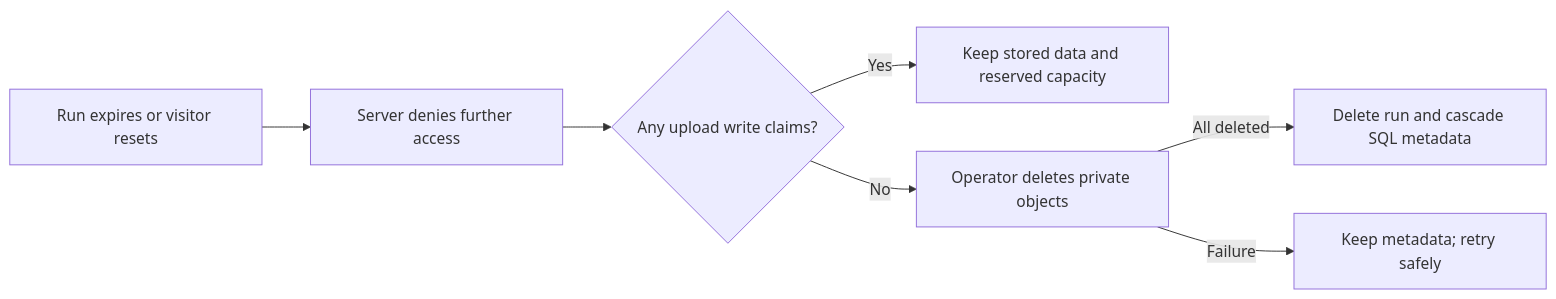
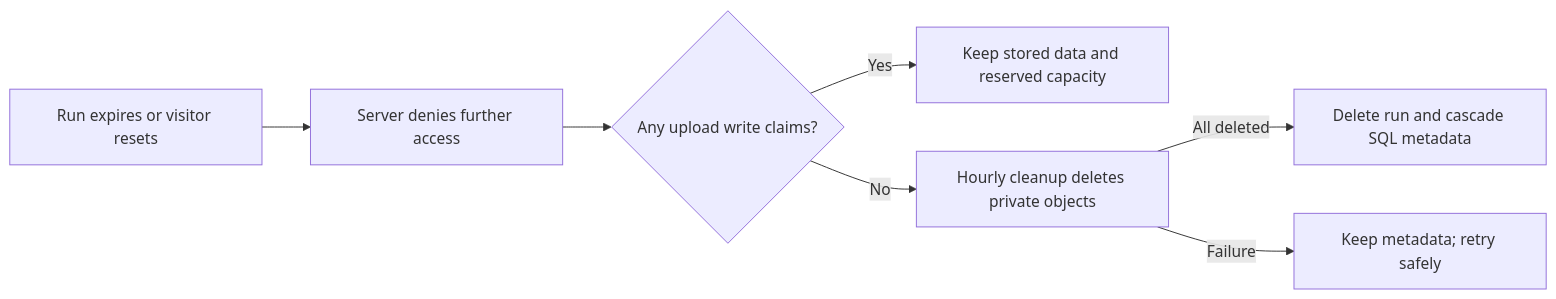
Before and after one commit to mosalah-77/onboarding-portal: the seventh of 7 diagrams in docs/how-it-works.md, drawn with Mermaid. The commit also changed other lines of this file and 6 other files, not shown here.

````diff
--- a/docs/how-it-works.md
+++ b/docs/how-it-works.md
@@ -160,9 +160,9 @@
 ```mermaid
 flowchart LR
   A[Run expires or visitor resets] --> B[Server denies further access]
   B --> C{Any upload write claims?}
   C -->|Yes| D[Keep stored data and reserved capacity]
-  C -->|No| E[Operator deletes private objects]
+  C -->|No| E[Hourly cleanup deletes private objects]
   E -->|All deleted| F[Delete run and cascade SQL metadata]
   E -->|Failure| G[Keep metadata; retry safely]
 ```
````
